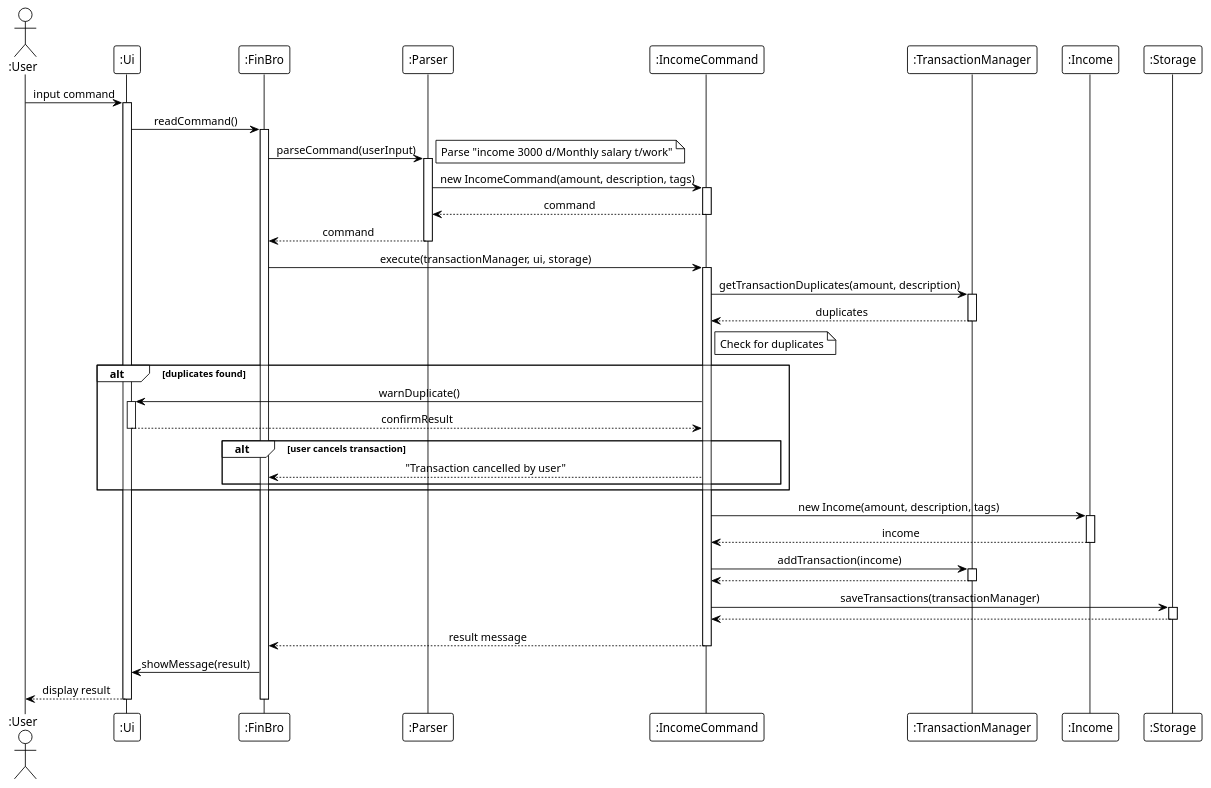
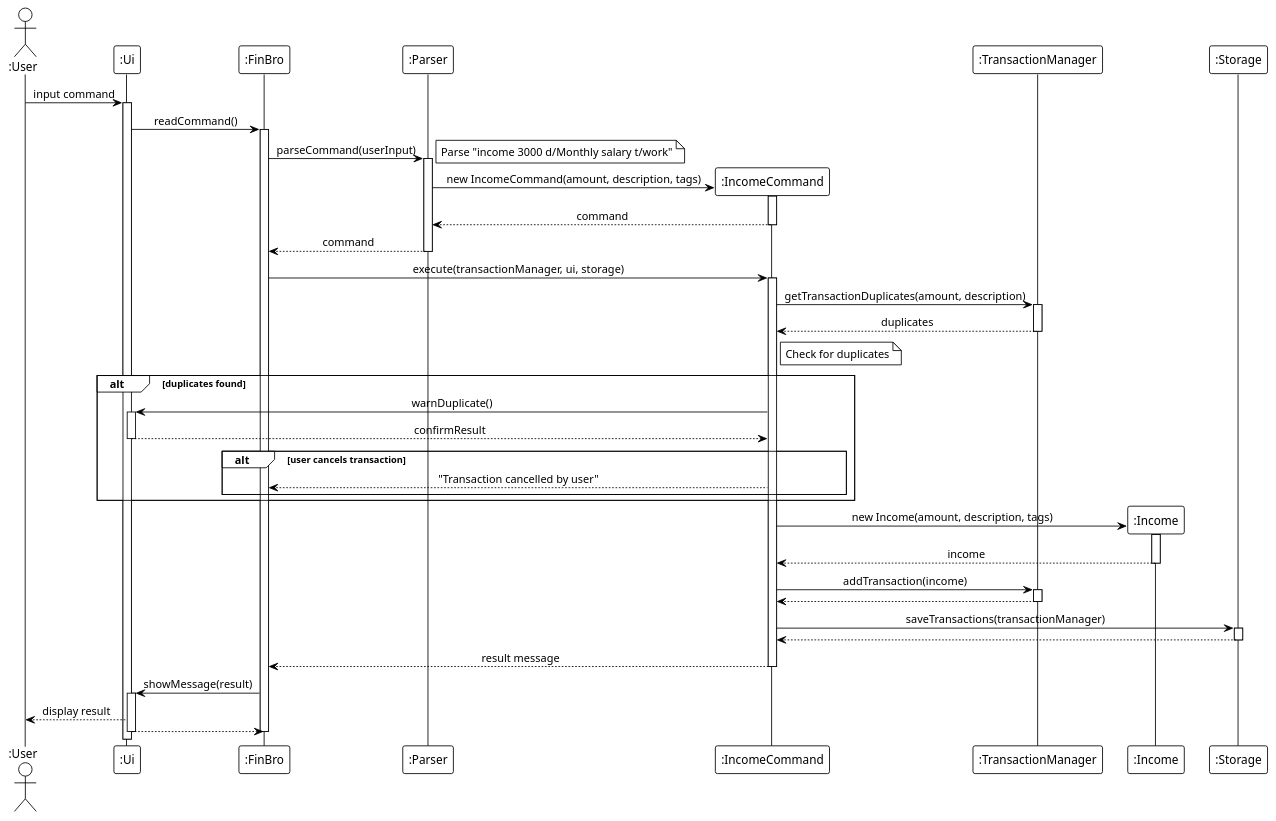
Before and after one commit to laitcanard05/tp: the diagram in docs/diagrams/puml/sequence/sequence-add-transaction.puml, drawn with PlantUML. The commit also changed 38 other files, not shown here.

```diff
--- a/docs/diagrams/puml/sequence/sequence-add-transaction.puml
+++ b/docs/diagrams/puml/sequence/sequence-add-transaction.puml
@@ -1,76 +1,81 @@
 @startuml
 !theme plain
 skinparam sequenceMessageAlign center
 skinparam responseMessageBelowArrow true
+skinparam lifelineStrategy nosolid
 
 actor ":User" as User
 participant ":Ui" as UI
 participant ":FinBro" as FinBro
 participant ":Parser" as Parser
 participant ":IncomeCommand" as IncomeCommand
 participant ":TransactionManager" as TransactionMgr
 participant ":Income" as Income
 participant ":Storage" as Storage
 
 User -> UI : input command
 activate UI
 
 UI -> FinBro : readCommand()
 activate FinBro
 
 FinBro -> Parser : parseCommand(userInput)
 activate Parser
 note right: Parse "income 3000 d/Monthly salary t/work"
 
+create IncomeCommand
 Parser -> IncomeCommand : new IncomeCommand(amount, description, tags)
 activate IncomeCommand
 IncomeCommand --> Parser : command
 deactivate IncomeCommand
 Parser --> FinBro : command
 deactivate Parser
 
 FinBro -> IncomeCommand : execute(transactionManager, ui, storage)
 activate IncomeCommand
 
 IncomeCommand -> TransactionMgr : getTransactionDuplicates(amount, description)
 activate TransactionMgr
 TransactionMgr --> IncomeCommand : duplicates
 deactivate TransactionMgr
 
 note right of IncomeCommand: Check for duplicates
 
 alt duplicates found
     IncomeCommand -> UI : warnDuplicate()
     activate UI
     UI --> IncomeCommand : confirmResult
     deactivate UI
 
     alt user cancels transaction
         IncomeCommand --> FinBro : "Transaction cancelled by user"
     end
 end
 
+create Income
 IncomeCommand -> Income : new Income(amount, description, tags)
 activate Income
 Income --> IncomeCommand : income
 deactivate Income
 
 IncomeCommand -> TransactionMgr : addTransaction(income)
 activate TransactionMgr
 TransactionMgr --> IncomeCommand
 deactivate TransactionMgr
 
 IncomeCommand -> Storage : saveTransactions(transactionManager)
 activate Storage
 Storage --> IncomeCommand
 deactivate Storage
 
 IncomeCommand --> FinBro : result message
 deactivate IncomeCommand
 
 FinBro -> UI : showMessage(result)
+activate UI
 UI --> User : display result
+UI --> FinBro
 deactivate UI
 deactivate FinBro
 
 @enduml
```
